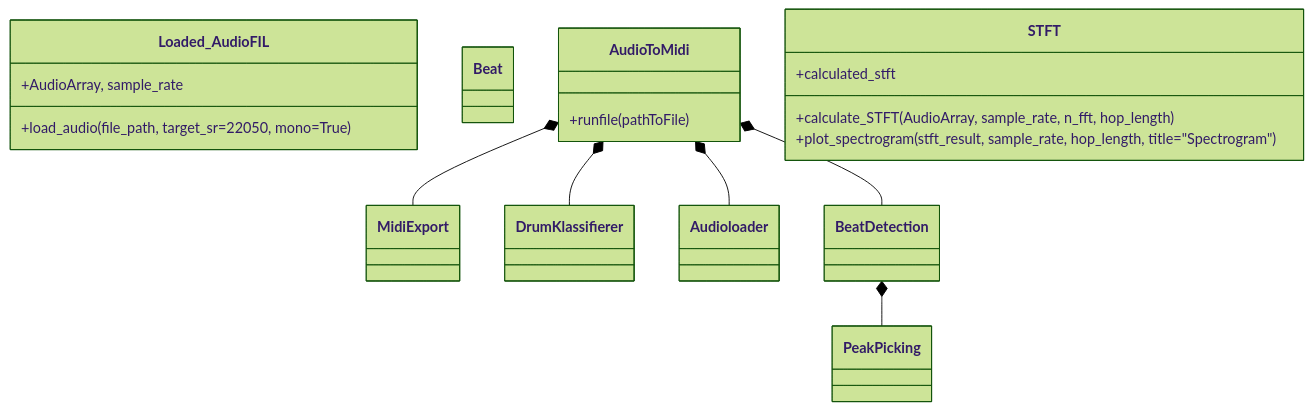
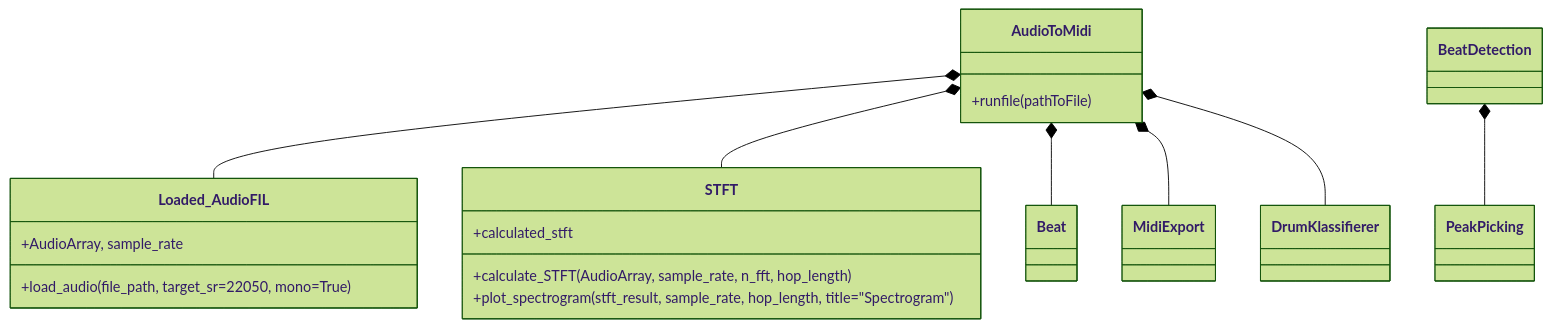
Before and after one commit to petwie/Audio-to-MIDI: the diagram in ClassDiagramm/Classes.mmd, drawn with Mermaid (forest theme).

Commit message:
Nachbesserung

```diff
--- a/ClassDiagramm/Classes.mmd
+++ b/ClassDiagramm/Classes.mmd
@@ -1,36 +1,37 @@
 classDiagram
 direction TB
     class Loaded_AudioFIL{
         +AudioArray, sample_rate
         +load_audio(file_path, target_sr=22050, mono=True)
     }
 
     class Beat{
     }
 
     class PeakPicking{
     }
 
     class AudioToMidi{
       +runfile(pathToFile)
     }
 
     class MidiExport{
 
     }
 
     class DrumKlassifierer{
 
     }
 
     class STFT{
         +calculated_stft
         +calculate_STFT(AudioArray, sample_rate, n_fft, hop_length)
         +plot_spectrogram(stft_result, sample_rate, hop_length, title="Spectrogram")
     }
 
-    AudioToMidi *-- Audioloader
-    AudioToMidi *-- BeatDetection
+    AudioToMidi *-- Loaded_AudioFIL
+    AudioToMidi *-- STFT
+    AudioToMidi *-- Beat
     AudioToMidi *-- MidiExport
     AudioToMidi *-- DrumKlassifierer
     BeatDetection *-- PeakPicking       
```
